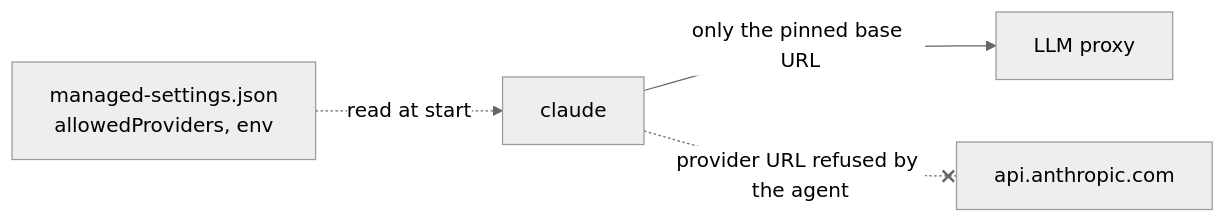
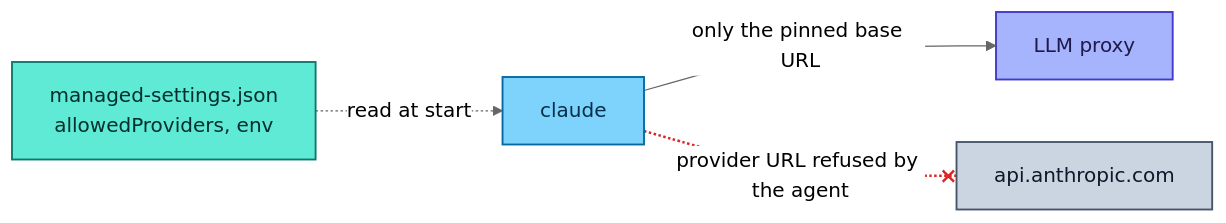
One commit to Heliopsy/scrim changed the ninth of 9 diagrams in docs/interception.md. Above: the diagram before and after it, drawn with Mermaid (neutral theme). The commit also changed other lines of this file and 6 other files, not shown here.

Commit message:
docs: new scrim logo and colour-coded mermaid diagrams

````diff
--- a/docs/interception.md
+++ b/docs/interception.md
@@ -623,6 +692,15 @@
 ```mermaid
 flowchart LR
   pol["managed-settings.json<br>allowedProviders, env"] -. "read at start" .-> agent["claude"]
   agent -- "only the pinned base URL" --> llm["LLM proxy"]
   agent -. "provider URL refused by the agent" .-x prov["api.anthropic.com"]
+  classDef agent fill:#7dd3fc,stroke:#0369a1,stroke-width:1.5px,color:#082f49
+  classDef dplane fill:#a5b4fc,stroke:#4338ca,stroke-width:1.5px,color:#1e1b4b
+  classDef ext fill:#cbd5e1,stroke:#475569,stroke-width:1.5px,color:#0f172a
+  classDef enforce fill:#5eead4,stroke:#0f766e,stroke-width:1.5px,color:#042f2e
+  class pol enforce
+  class agent agent
+  class llm dplane
+  class prov ext
+  linkStyle 2 stroke:#dc2626,stroke-width:2px
 ```
````
